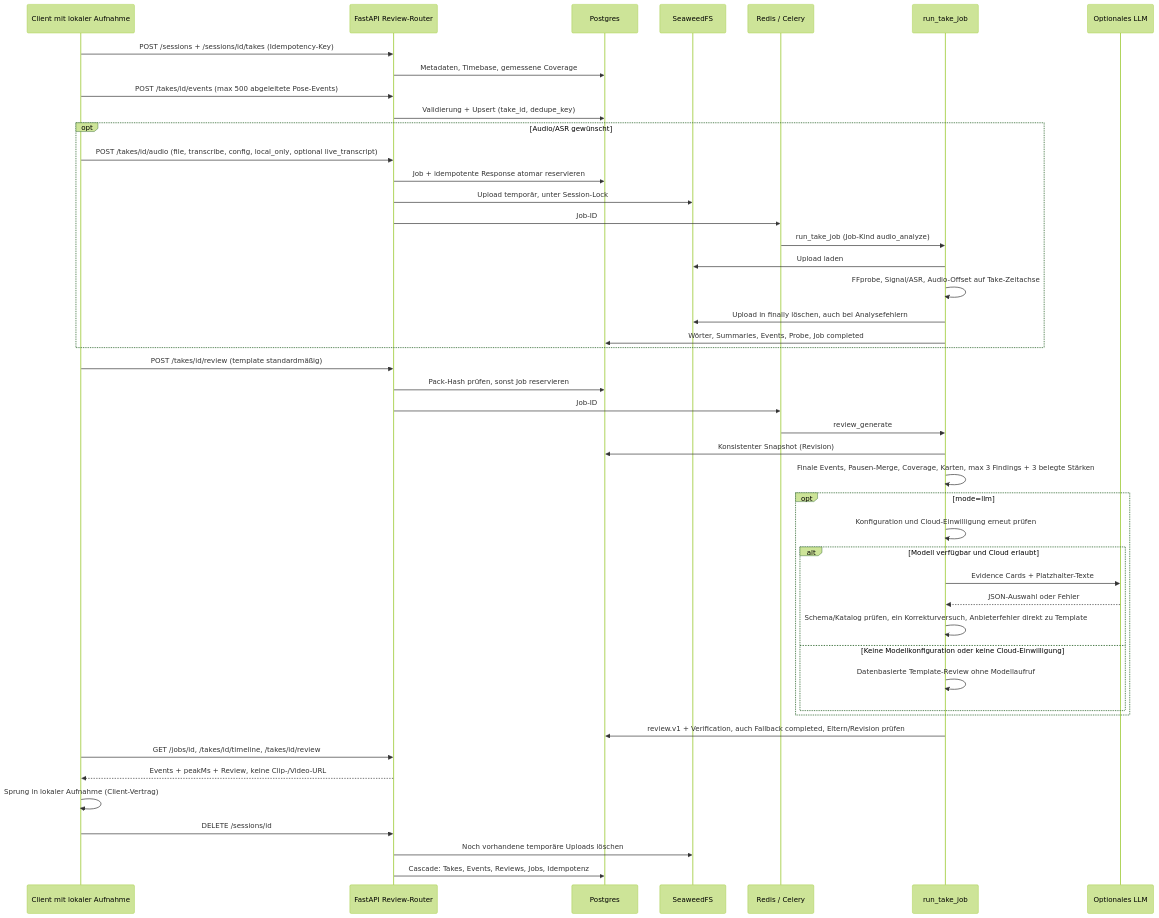
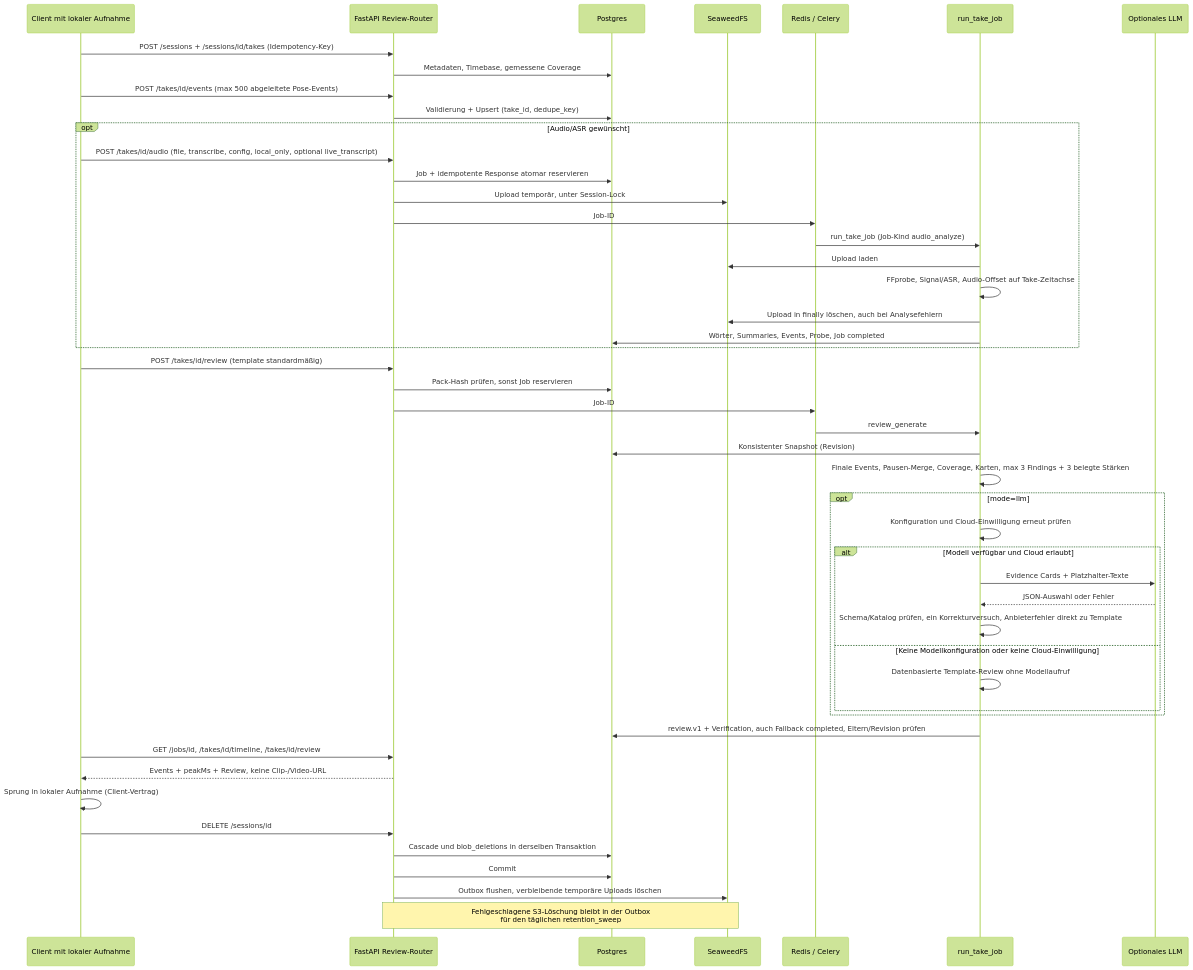
The fourth of 13 diagrams in docs/03-architecture.md (johannes3502/hackathon-fulda), drawn with Mermaid (forest theme) before and after one commit. The commit also changed other lines of this file and 103 other files, not shown here.

````diff
--- a/docs/03-architecture.md
+++ b/docs/03-architecture.md
@@ -256,48 +270,50 @@
 ```mermaid
 sequenceDiagram
     participant C as Client mit lokaler Aufnahme
     participant A as FastAPI Review-Router
     participant P as Postgres
     participant S as SeaweedFS
     participant Q as Redis / Celery
     participant W as run_take_job
     participant L as Optionales LLM
     C->>A: POST /sessions + /sessions/id/takes (Idempotency-Key)
     A->>P: Metadaten, Timebase, gemessene Coverage
     C->>A: POST /takes/id/events (max 500 abgeleitete Pose-Events)
     A->>P: Validierung + Upsert (take_id, dedupe_key)
     opt Audio/ASR gewünscht
         C->>A: POST /takes/id/audio (file, transcribe, config, local_only, optional live_transcript)
         A->>P: Job + idempotente Response atomar reservieren
         A->>S: Upload temporär, unter Session-Lock
         A->>Q: Job-ID
         Q->>W: run_take_job (Job-Kind audio_analyze)
         W->>S: Upload laden
         W->>W: FFprobe, Signal/ASR, Audio-Offset auf Take-Zeitachse
         W->>S: Upload in finally löschen, auch bei Analysefehlern
         W->>P: Wörter, Summaries, Events, Probe, Job completed
     end
     C->>A: POST /takes/id/review (template standardmäßig)
     A->>P: Pack-Hash prüfen, sonst Job reservieren
     A->>Q: Job-ID
     Q->>W: review_generate
     W->>P: Konsistenter Snapshot (Revision)
     W->>W: Finale Events, Pausen-Merge, Coverage, Karten, max 3 Findings + 3 belegte Stärken
     opt mode=llm
         W->>W: Konfiguration und Cloud-Einwilligung erneut prüfen
         alt Modell verfügbar und Cloud erlaubt
             W->>L: Evidence Cards + Platzhalter-Texte
             L-->>W: JSON-Auswahl oder Fehler
             W->>W: Schema/Katalog prüfen, ein Korrekturversuch, Anbieterfehler direkt zu Template
         else Keine Modellkonfiguration oder keine Cloud-Einwilligung
             W->>W: Datenbasierte Template-Review ohne Modellaufruf
         end
     end
     W->>P: review.v1 + Verification, auch Fallback completed, Eltern/Revision prüfen
     C->>A: GET /jobs/id, /takes/id/timeline, /takes/id/review
     A-->>C: Events + peakMs + Review, keine Clip-/Video-URL
     C->>C: Sprung in lokaler Aufnahme (Client-Vertrag)
     C->>A: DELETE /sessions/id
-    A->>S: Noch vorhandene temporäre Uploads löschen
-    A->>P: Cascade: Takes, Events, Reviews, Jobs, Idempotenz
+    A->>P: Cascade und blob_deletions in derselben Transaktion
+    A->>P: Commit
+    A->>S: Outbox flushen, verbleibende temporäre Uploads löschen
+    Note over A,S: Fehlgeschlagene S3-Löschung bleibt in der Outbox<br/>für den täglichen retention_sweep
 ```
````
